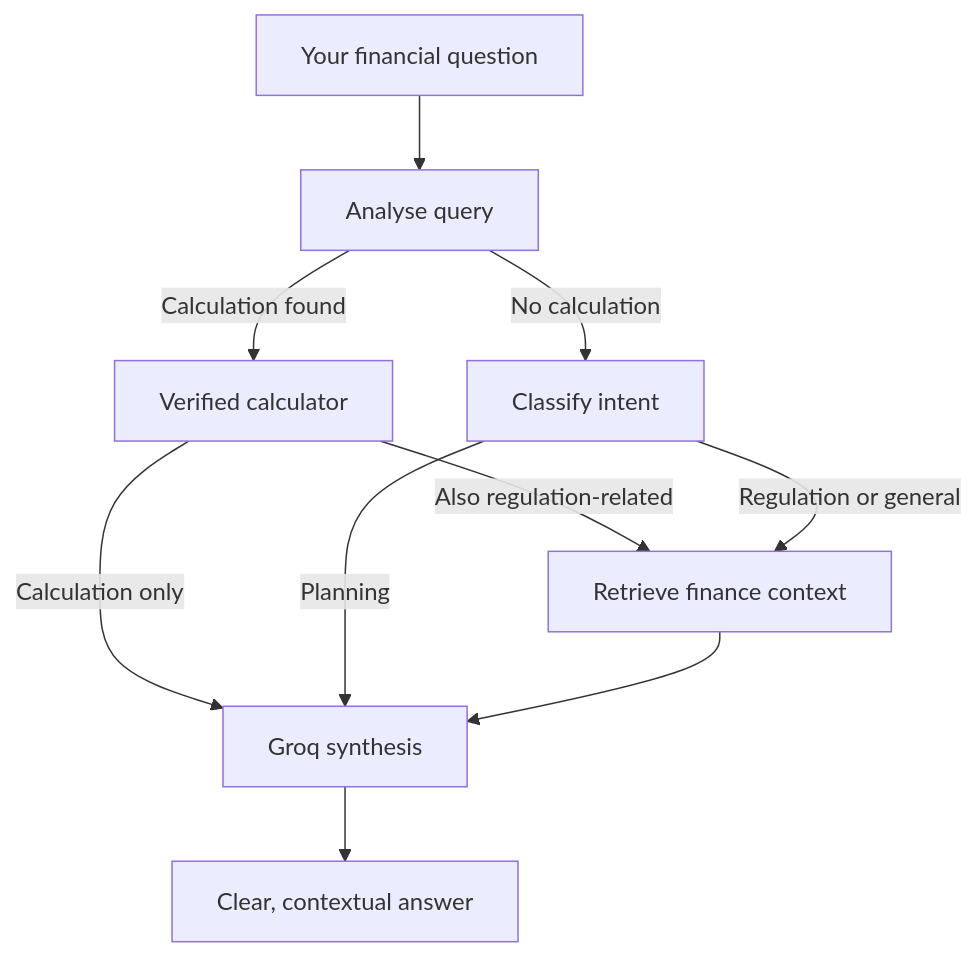
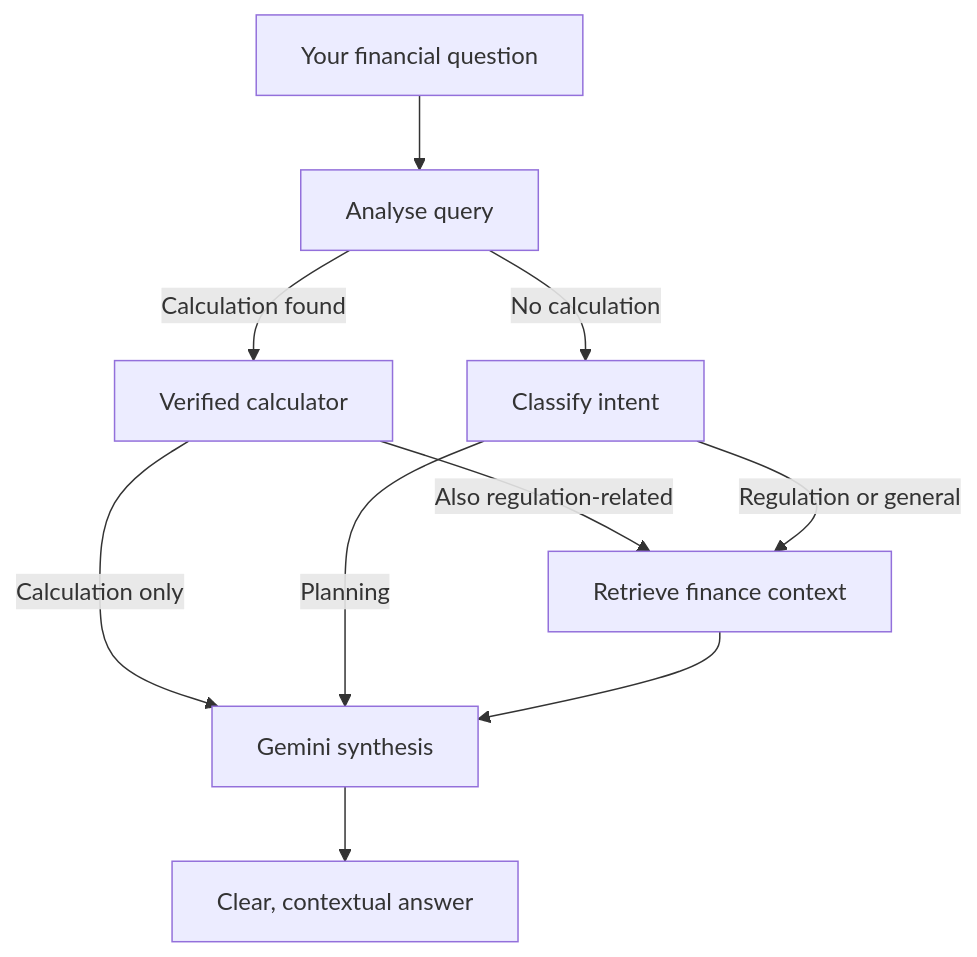
The diagram in README.md (dnyanesshwari/FinanceAI), drawn with Mermaid before and after one commit. The commit also changed other lines of this file and 5 other files, not shown here.

````diff
--- a/README.md
+++ b/README.md
@@ -49,12 +49,12 @@
 ```mermaid
 flowchart TD
     Q[Your financial question] --> A[Analyse query]
     A -->|Calculation found| C[Verified calculator]
     A -->|No calculation| I[Classify intent]
     C -->|Also regulation-related| R[Retrieve finance context]
-    C -->|Calculation only| S[Groq synthesis]
+    C -->|Calculation only| S[Gemini synthesis]
     I -->|Regulation or general| R
     I -->|Planning| S
     R --> S
     S --> O[Clear, contextual answer]
 ```
````
